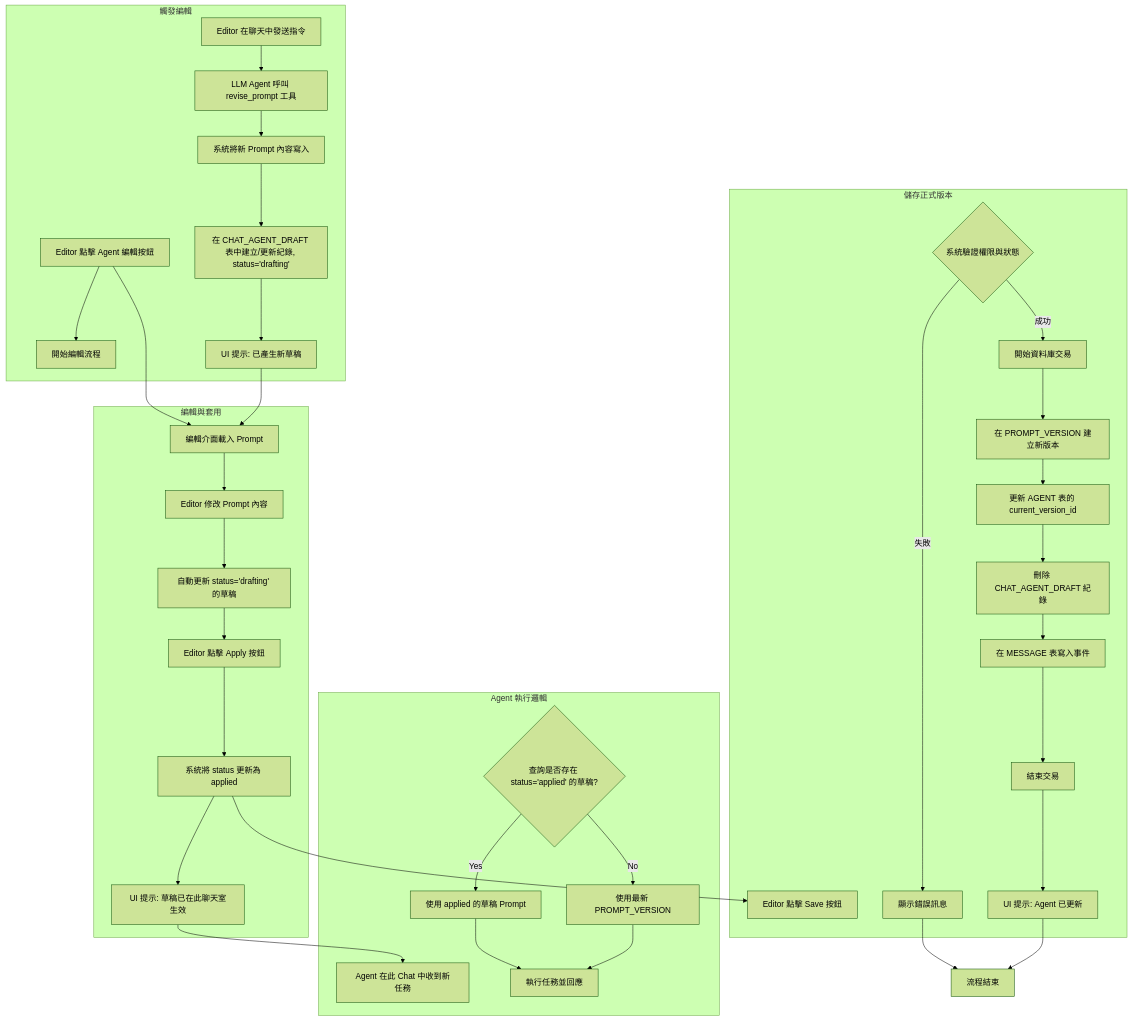
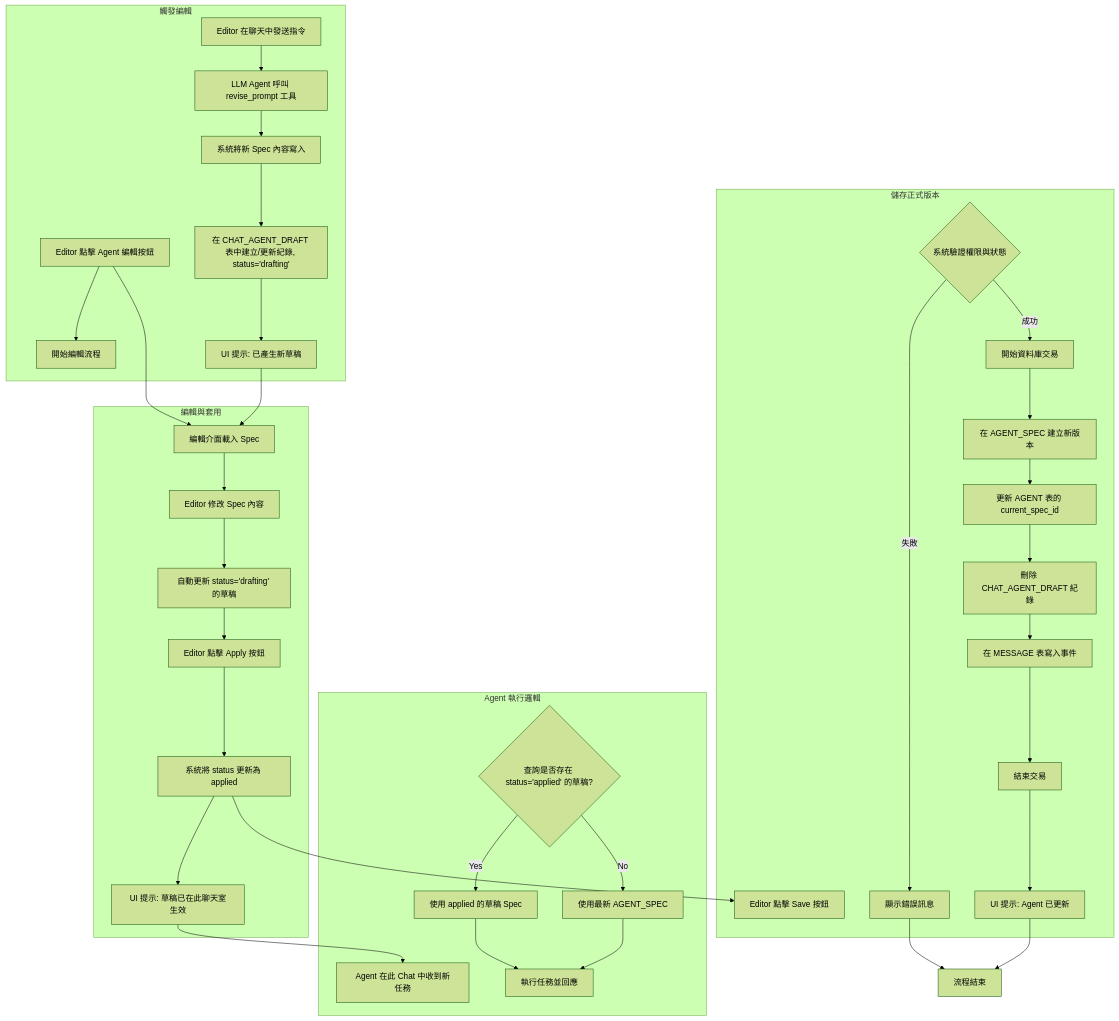
Before and after one commit to zhowzeng/v2-design-doc: the sixth of 7 diagrams in design_doc.md, drawn with Mermaid (forest theme). The commit also changed other lines of this file, not shown here.

Commit message:
更新設計文件，修正參與者類型描述，調整 Prompt 為 Spec 的用語，優化系統架構與業務流程說明

````diff
--- a/design_doc.md
+++ b/design_doc.md
@@ -419,52 +421,52 @@
 ```mermaid
 graph TD
     subgraph Phase1 [觸發編輯]
         A1[Editor 點擊 Agent 編輯按鈕]
         A2[Editor 在聊天中發送指令]
         A1 --> B[開始編輯流程]
         A2 --> A3[LLM Agent 呼叫 revise_prompt 工具]
-        A3 --> A4[系統將新 Prompt 內容寫入]
+        A3 --> A4[系統將新 Spec 內容寫入]
         A4 --> C[在 CHAT_AGENT_DRAFT 表中建立/更新紀錄, status='drafting']
         C --> A5[UI 提示: 已產生新草稿]
     end
     
     subgraph Phase2 [編輯與套用]
-        B1[編輯介面載入 Prompt]
-        B2[Editor 修改 Prompt 內容]
+        B1[編輯介面載入 Spec]
+        B2[Editor 修改 Spec 內容]
         B3[自動更新 status='drafting' 的草稿]
         B4[Editor 點擊 Apply 按鈕]
         B5[系統將 status 更新為 applied]
         B6[UI 提示: 草稿已在此聊天室生效]
         B1 --> B2 --> B3 --> B4 --> B5 --> B6
     end
     
     subgraph Phase3 [Agent 執行邏輯]
         D1[Agent 在此 Chat 中收到新任務]
         D2{查詢是否存在 status='applied' 的草稿?}
-        D2 -- Yes --> D3[使用 applied 的草稿 Prompt]
-        D2 -- No --> D4[使用最新 PROMPT_VERSION]
+        D2 -- Yes --> D3[使用 applied 的草稿 Spec]
+        D2 -- No --> D4[使用最新 AGENT_SPEC]
         D3 --> D6[執行任務並回應]
         D4 --> D6
     end
     
     subgraph Phase4 [儲存正式版本]
         E1[Editor 點擊 Save 按鈕]
         E2{系統驗證權限與狀態}
         E2 -- 失敗 --> E3[顯示錯誤訊息]
         E2 -- 成功 --> E4[開始資料庫交易]
-        E4 --> E5[在 PROMPT_VERSION 建立新版本]
-        E5 --> E6[更新 AGENT 表的 current_version_id]
+        E4 --> E5[在 AGENT_SPEC 建立新版本]
+        E5 --> E6[更新 AGENT 表的 current_spec_id]
         E6 --> E7[刪除 CHAT_AGENT_DRAFT 紀錄]
         E7 --> E8[在 MESSAGE 表寫入事件]
         E8 --> E9[結束交易]
         E9 --> E10[UI 提示: Agent 已更新]
     end
     
     A1 --> B1
     A5 --> B1
     B6 --> D1
     B5 --> E1
     F[流程結束]
     E3 --> F
     E10 --> F
 ```
````
